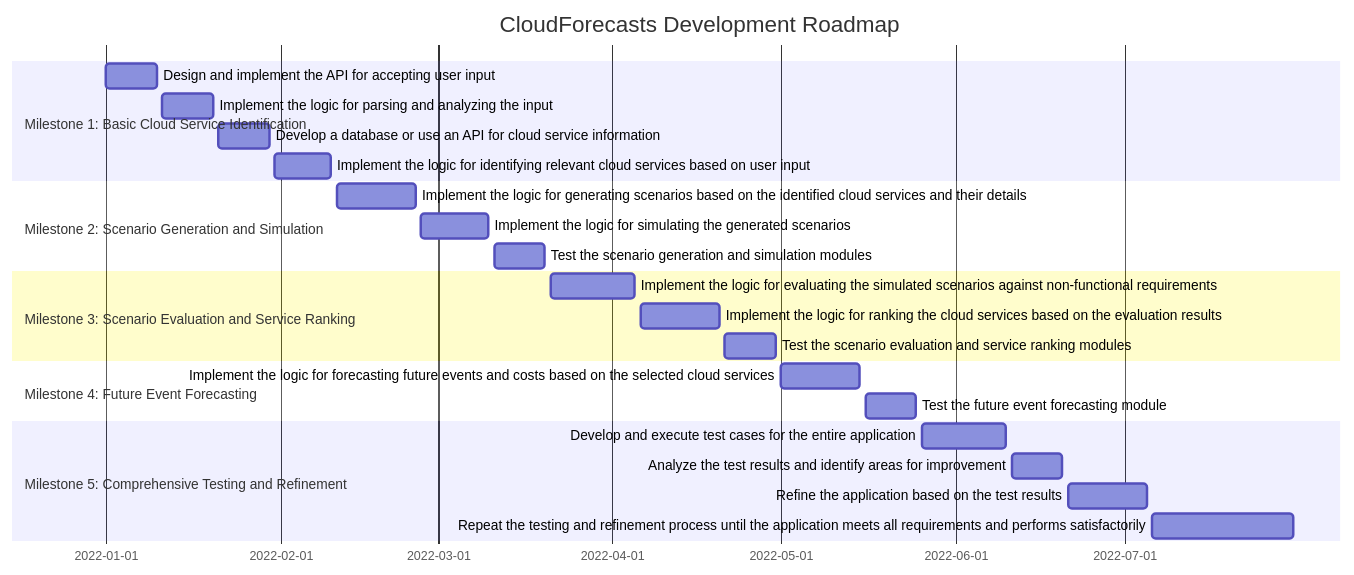
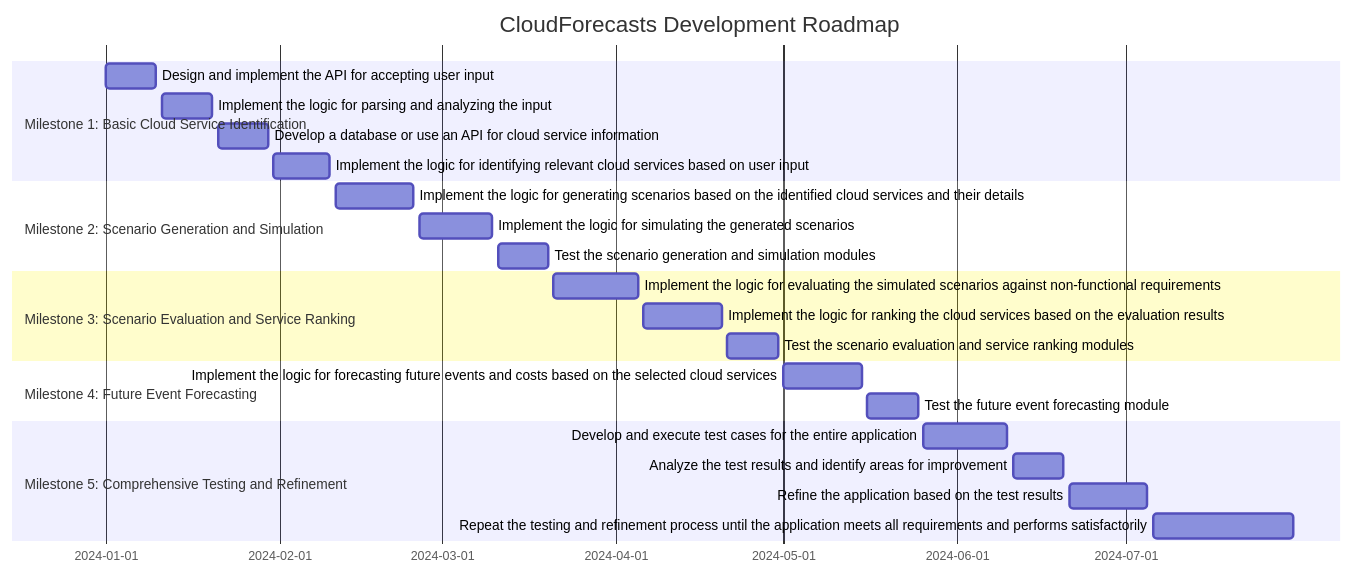
One commit to cliffpyles/codetools changed the diagram in services/codetools-cloud-forecasts/ROADMAP.md. Above: the diagram before and after it, drawn with Mermaid.

Commit message:
Update format of dates in CloudForecasts roadmap

````diff
--- a/services/codetools-cloud-forecasts/ROADMAP.md
+++ b/services/codetools-cloud-forecasts/ROADMAP.md
@@ -54,31 +54,31 @@
 ```mermaid
 gantt
-    dateFormat  YYYY-MM-DD
+    dateFormat  MM-DD
     title CloudForecasts Development Roadmap
 
     section Milestone 1: Basic Cloud Service Identification
-    Design and implement the API for accepting user input :a1, 2022-01-01, 2022-01-10
-    Implement the logic for parsing and analyzing the input :a2, 2022-01-11, 2022-01-20
-    Develop a database or use an API for cloud service information :a3, 2022-01-21, 2022-01-30
-    Implement the logic for identifying relevant cloud services based on user input :a4, 2022-01-31, 2022-02-10
+    Design and implement the API for accepting user input :a1, 01-01, 01-10
+    Implement the logic for parsing and analyzing the input :a2, 01-11, 01-20
+    Develop a database or use an API for cloud service information :a3, 01-21, 01-30
+    Implement the logic for identifying relevant cloud services based on user input :a4, 01-31, 02-10
 
     section Milestone 2: Scenario Generation and Simulation
-    Implement the logic for generating scenarios based on the identified cloud services and their details :b1, 2022-02-11, 2022-02-25
-    Implement the logic for simulating the generated scenarios :b2, 2022-02-26, 2022-03-10
-    Test the scenario generation and simulation modules :b3, 2022-03-11, 2022-03-20
+    Implement the logic for generating scenarios based on the identified cloud services and their details :b1, 02-11, 02-25
+    Implement the logic for simulating the generated scenarios :b2, 02-26, 03-10
+    Test the scenario generation and simulation modules :b3, 03-11, 03-20
 
     section Milestone 3: Scenario Evaluation and Service Ranking
-    Implement the logic for evaluating the simulated scenarios against non-functional requirements :c1, 2022-03-21, 2022-04-05
-    Implement the logic for ranking the cloud services based on the evaluation results :c2, 2022-04-06, 2022-04-20
-    Test the scenario evaluation and service ranking modules :c3, 2022-04-21, 2022-04-30
+    Implement the logic for evaluating the simulated scenarios against non-functional requirements :c1, 03-21, 04-05
+    Implement the logic for ranking the cloud services based on the evaluation results :c2, 04-06, 04-20
+    Test the scenario evaluation and service ranking modules :c3, 04-21, 04-30
 
     section Milestone 4: Future Event Forecasting
-    Implement the logic for forecasting future events and costs based on the selected cloud services :d1, 2022-05-01, 2022-05-15
-    Test the future event forecasting module :d2, 2022-05-16, 2022-05-25
+    Implement the logic for forecasting future events and costs based on the selected cloud services :d1, 05-01, 05-15
+    Test the future event forecasting module :d2, 05-16, 05-25
 
     section Milestone 5: Comprehensive Testing and Refinement
-    Develop and execute test cases for the entire application :e1, 2022-05-26, 2022-06-10
-    Analyze the test results and identify areas for improvement :e2, 2022-06-11, 2022-06-20
-    Refine the application based on the test results :e3, 2022-06-21, 2022-07-05
-    Repeat the testing and refinement process until the application meets all requirements and performs satisfactorily :e4, 2022-07-06, 2022-07-31
+    Develop and execute test cases for the entire application :e1, 05-26, 06-10
+    Analyze the test results and identify areas for improvement :e2, 06-11, 06-20
+    Refine the application based on the test results :e3, 06-21, 07-05
+    Repeat the testing and refinement process until the application meets all requirements and performs satisfactorily :e4, 07-06, 07-31
 ```
````
